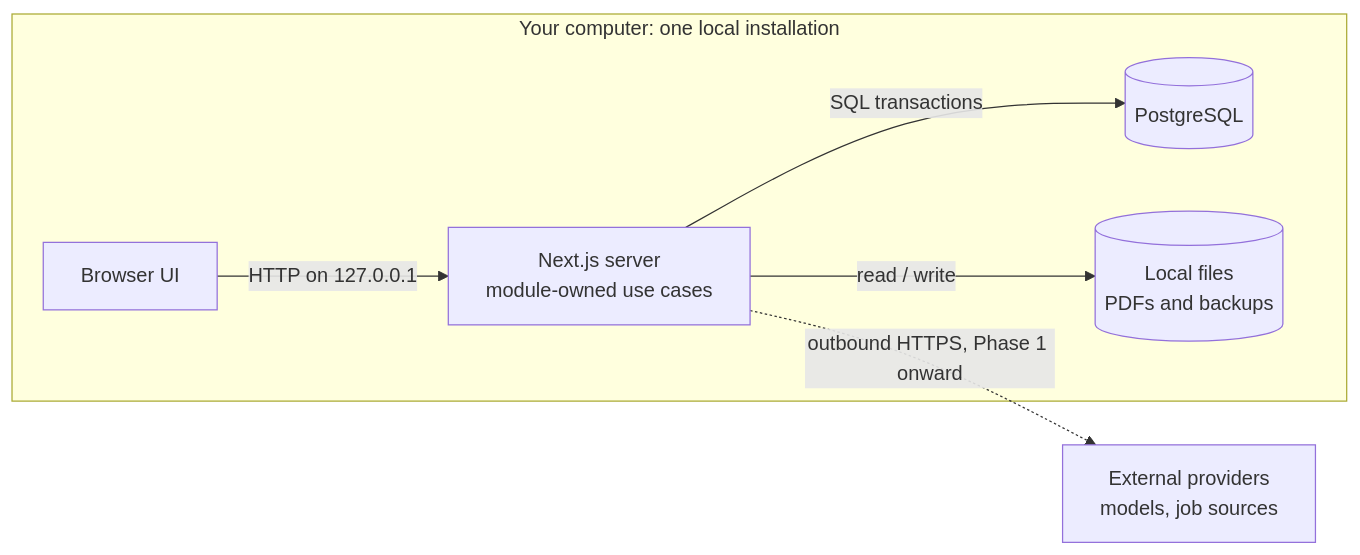
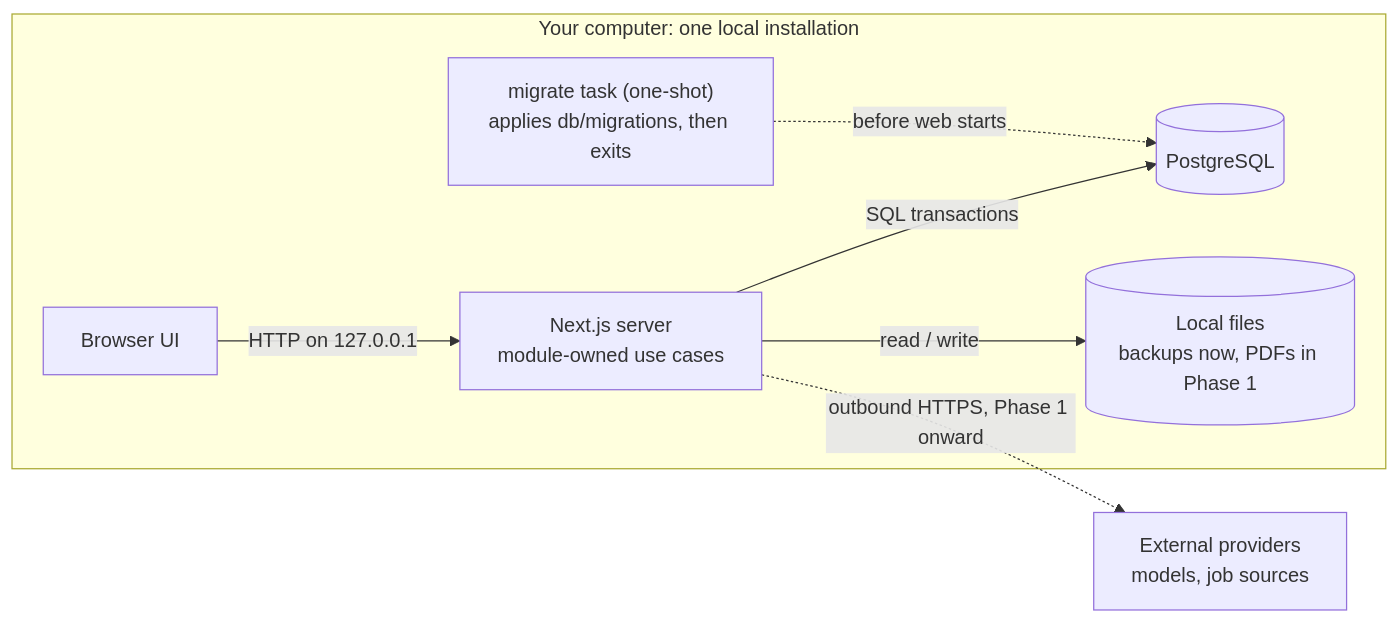
One commit to 3333444n/landed changed the first of 2 diagrams in docs/03-system-and-modules.md. Above: the diagram before and after it, drawn with Mermaid. The commit also changed other lines of this file and 11 other files, not shown here.

````diff
--- a/docs/03-system-and-modules.md
+++ b/docs/03-system-and-modules.md
@@ -13,9 +13,10 @@
 ```mermaid
 flowchart LR
   subgraph local["Your computer: one local installation"]
     browser["Browser UI"] -->|"HTTP on 127.0.0.1"| app["Next.js server<br/>module-owned use cases"]
     app -->|"SQL transactions"| db[("PostgreSQL")]
-    app -->|"read / write"| files[("Local files<br/>PDFs and backups")]
+    app -->|"read / write"| files[("Local files<br/>backups now, PDFs in Phase 1")]
+    migrate["migrate task (one-shot)<br/>applies db/migrations, then exits"] -.->|"before web starts"| db
   end
   app -.->|"outbound HTTPS, Phase 1 onward"| providers["External providers<br/>models, job sources"]
 ```
````
